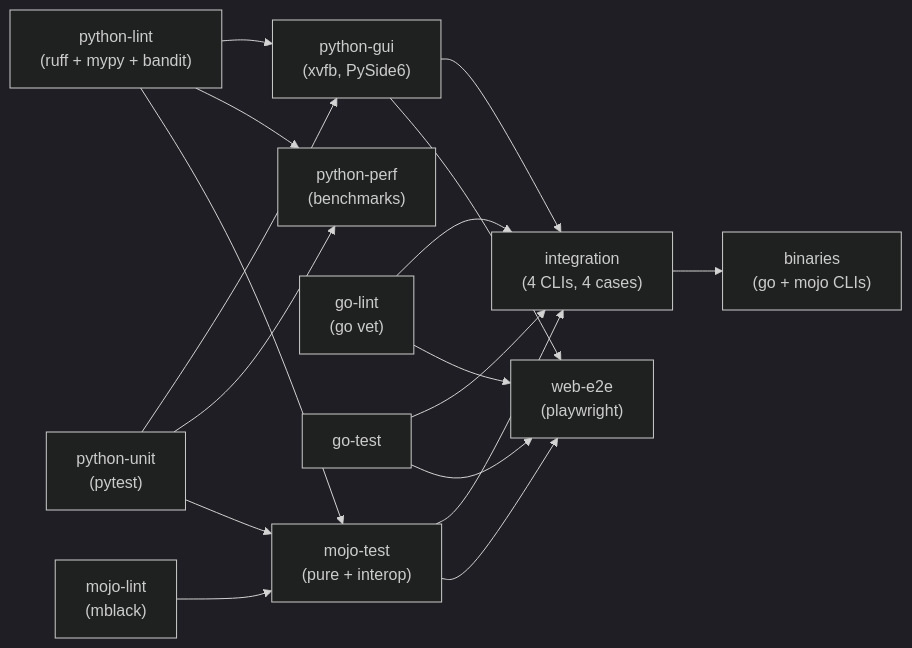
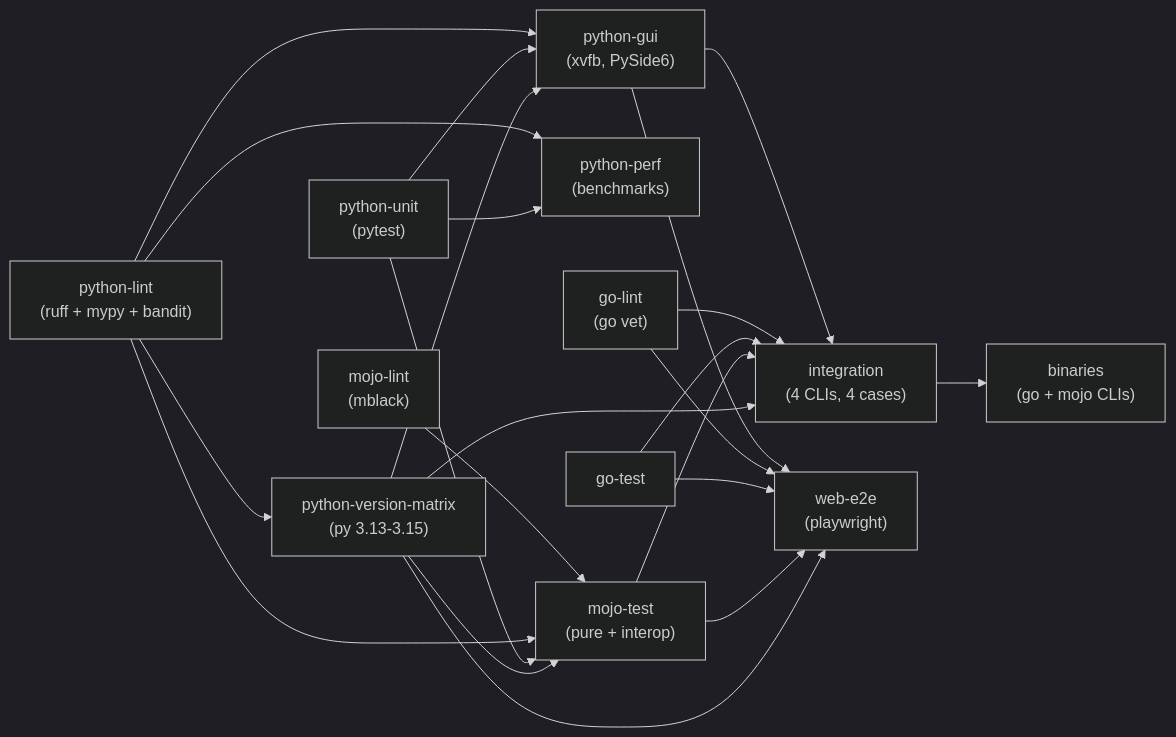
Before and after one commit to panjacek/PIM_Calculator: the diagram in docs/ci.md, drawn with Mermaid (dark theme). The commit also changed other lines of this file and 15 other files, not shown here.

First line of the commit message:
feat(ci): python 3.13-3.15 matrix and 0.4.1 release bump (#29)

````diff
--- a/docs/ci.md
+++ b/docs/ci.md
@@ -8,31 +8,37 @@
 ```mermaid
 flowchart LR
     pl["python-lint<br/>(ruff + mypy + bandit)"]
     pu["python-unit<br/>(pytest)"]
+    pvm["python-version-matrix<br/>(py 3.13-3.15)"]
     pg["python-gui<br/>(xvfb, PySide6)"]
     pp["python-perf<br/>(benchmarks)"]
     gl["go-lint<br/>(go vet)"]
     gt["go-test"]
     ml["mojo-lint<br/>(mblack)"]
     mt["mojo-test<br/>(pure + interop)"]
     ig["integration<br/>(4 CLIs, 4 cases)"]
     we["web-e2e<br/>(playwright)"]
     bn["binaries<br/>(go + mojo CLIs)"]
 
+    pl --> pvm
     pl --> pg
     pu --> pg
+    pvm --> pg
     pl --> pp
     pu --> pp
     ml --> mt
     pl --> mt
     pu --> mt
+    pvm --> mt
     pg --> ig
     gl --> ig
     gt --> ig
     mt --> ig
+    pvm --> ig
     ig --> bn
     pg --> we
     gl --> we
     gt --> we
     mt --> we
+    pvm --> we
 ```
````
